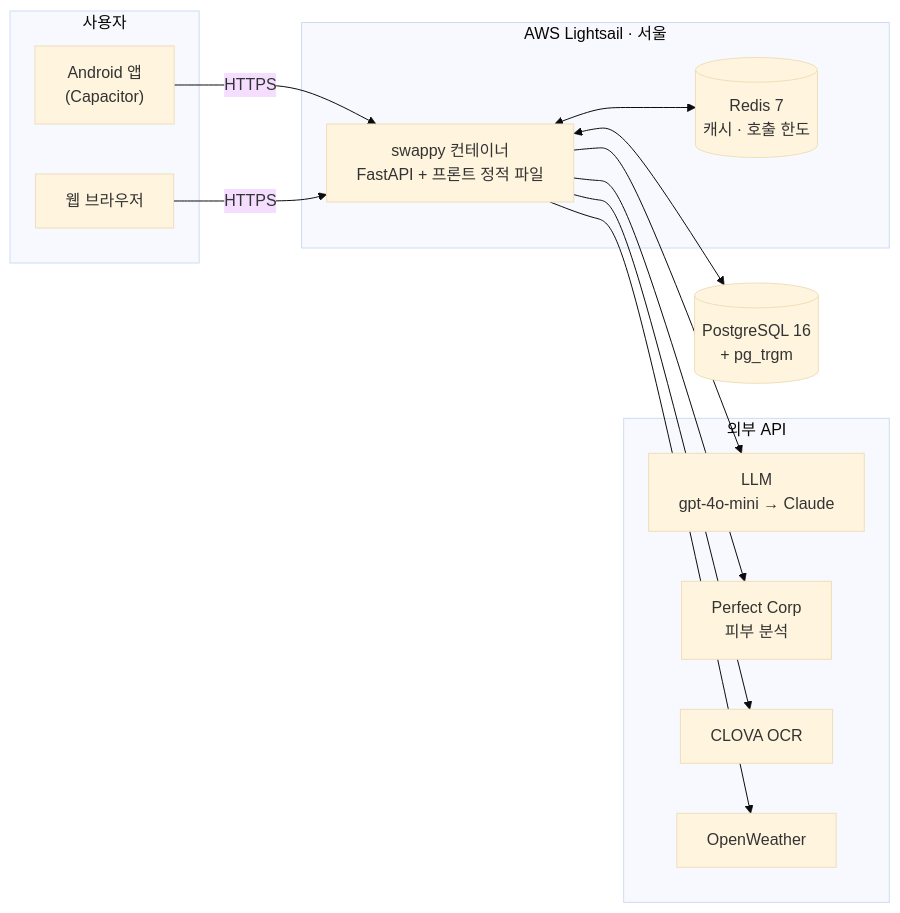
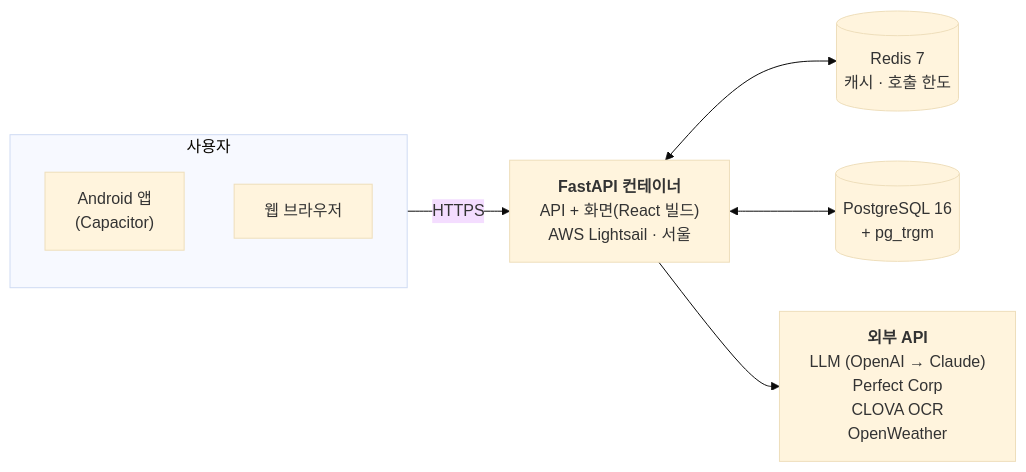
One commit to EunSeong-Jo/capstone changed the diagram in README.md. Above: the diagram before and after it, drawn with Mermaid (base theme). The commit also changed other lines of this file and 1 other file, not shown here.

Commit message:
docs: README와 구성도 모음을 깃허브 화면 폭(861px)에 맞춰 다듬는다
- 시스템 구성도: 외부 API를 한 상자로 묶어 가로로 배치 — 높이 843px → 380px, 선 엉킴 제거
- README: 핵심 기능 이름·팀 역할이 단어 중간에서 끊기지 않게 줄이고, 그림 링크 표를 목록으로,
  소개 문단의 수동 줄바꿈 제거(깃허브는 줄바꿈을 그대로 보여 준다), 프로젝트 구조 주석 단축
- 구성도 모음: 얼굴 사진 흐름(글씨가 너무 작음)·백엔드 계층(빈 공간)·프론트 화면을 다시 배치하고,
  데이터 모델을 제품 쪽·사용자 쪽 두 장으로 나눈다. 주문은 order_items를 거쳐 제품과 이어지도록 바로잡는다

````diff
--- a/README.md
+++ b/README.md
@@ -42,27 +40,12 @@
 ```mermaid
 flowchart LR
-    subgraph Client["사용자"]
+    subgraph USER["사용자"]
         APK["Android 앱<br/>(Capacitor)"]
         WEB["웹 브라우저"]
     end
 
-    subgraph AWS["AWS Lightsail · 서울"]
-        API["swappy 컨테이너<br/>FastAPI + 프론트 정적 파일"]
-        REDIS[("Redis 7<br/>캐시 · 호출 한도")]
-    end
-
-    DB[("PostgreSQL 16<br/>+ pg_trgm")]
-
-    subgraph EXT["외부 API"]
-        LLM["LLM<br/>gpt-4o-mini → Claude"]
-        PC["Perfect Corp<br/>피부 분석"]
-        OCR["CLOVA OCR"]
-        WX["OpenWeather"]
-    end
-
-    APK -- HTTPS --> API
-    WEB -- HTTPS --> API
-    API <--> REDIS
-    API <--> DB
-    API --> LLM & PC & OCR & WX
+    USER -- HTTPS --> API["<b>FastAPI 컨테이너</b><br/>API + 화면(React 빌드)<br/>AWS Lightsail · 서울"]
+    API <--> REDIS[("Redis 7<br/>캐시 · 호출 한도")]
+    API <--> DB[("PostgreSQL 16<br/>+ pg_trgm")]
+    API --> EXT["<b>외부 API</b><br/>LLM (OpenAI → Claude)<br/>Perfect Corp<br/>CLOVA OCR<br/>OpenWeather"]
 ```
````
